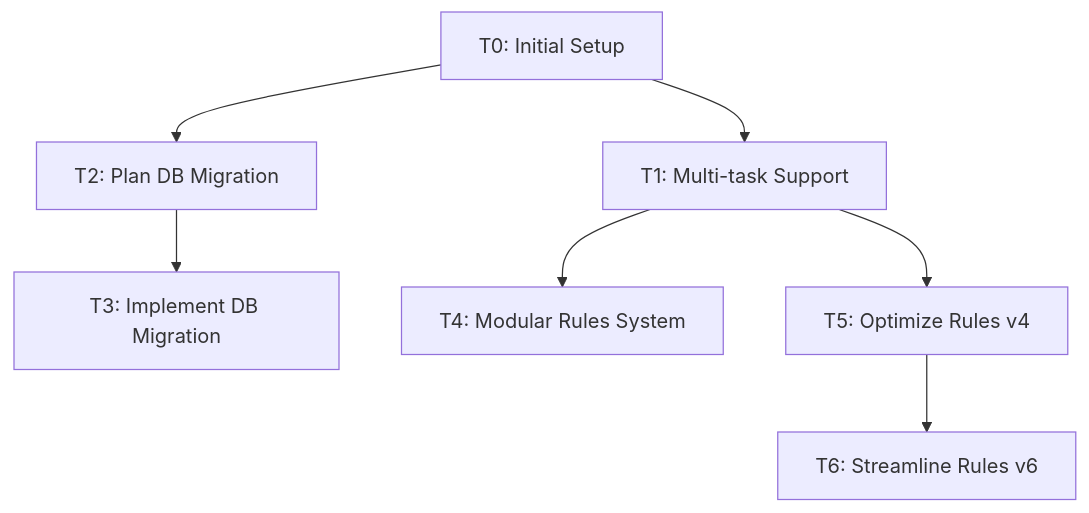
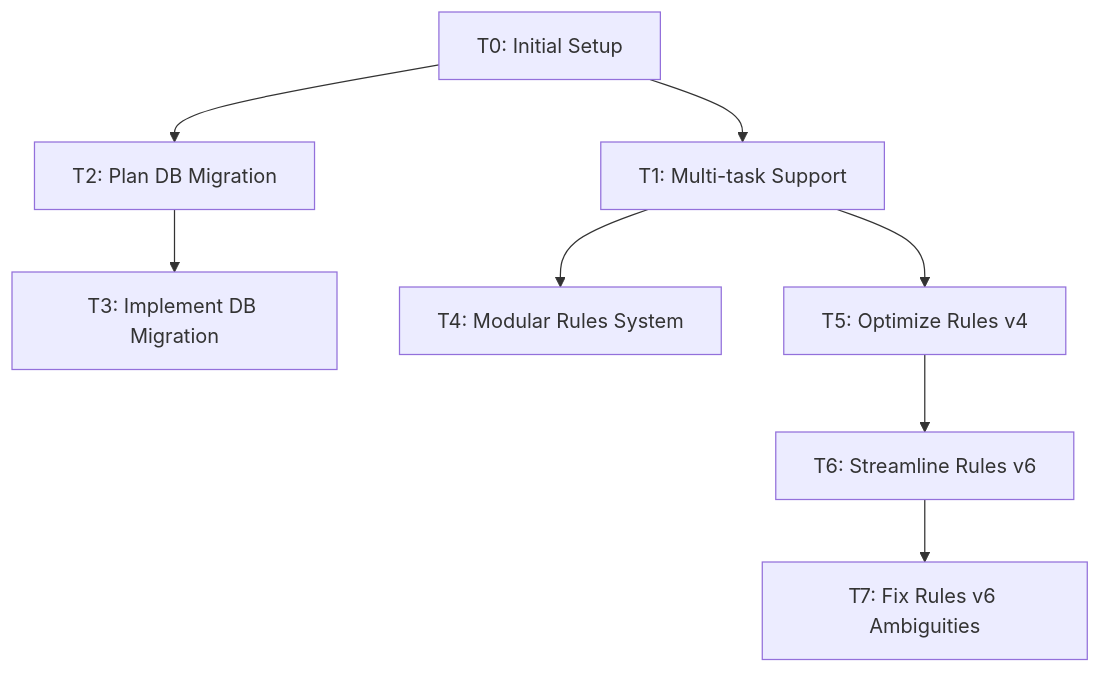
One commit to space-cadet/memory-bank changed the diagram in memory-bank/tasks.md. Above: the diagram before and after it, drawn with Mermaid. The commit also changed other lines of this file and 4 other files, not shown here.

First line of the commit message:
Fix ambiguities in integrated-rules-v6.md approval process

````diff
--- a/memory-bank/tasks.md
+++ b/memory-bank/tasks.md
@@ -88,17 +89,19 @@
 ```mermaid
 graph TD
     T0[T0: Initial Setup]
     T1[T1: Multi-task Support]
     T2[T2: Plan DB Migration]
     T3[T3: Implement DB Migration]
     T4[T4: Modular Rules System]
     T5[T5: Optimize Rules v4]
     T6[T6: Streamline Rules v6]
+    T7[T7: Fix Rules v6 Ambiguities]
 
     T0 --> T1
     T0 --> T2
     T2 --> T3
     T1 --> T4
     T1 --> T5
     T5 --> T6
+    T6 --> T7
 ```
````
